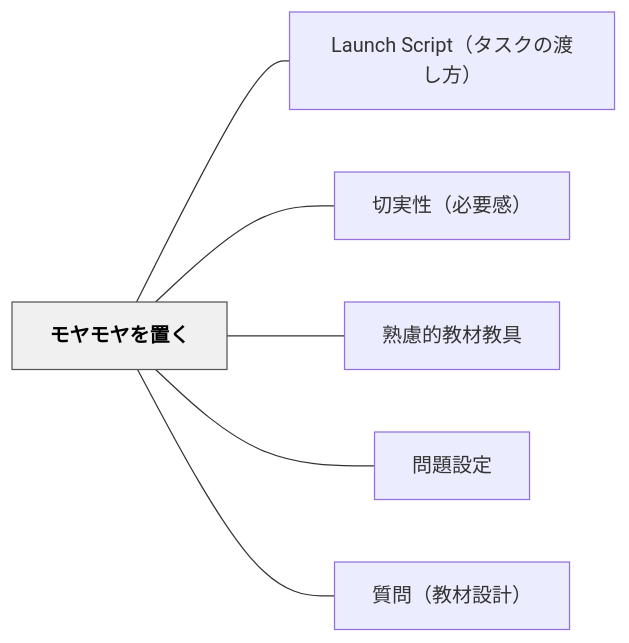
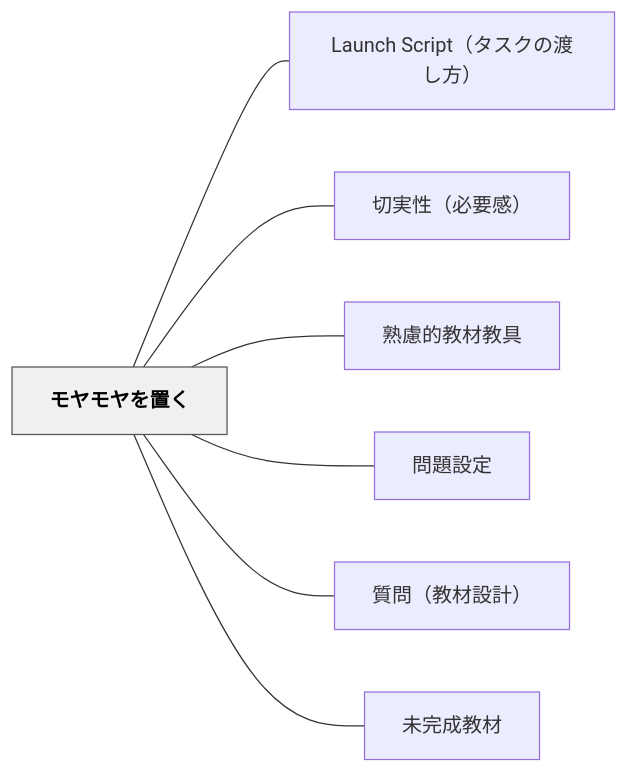
One commit to unknownthings-ed-patterns/unknownthings-ed-patterns changed the diagram in content/パタン/モヤモヤを置く.md. Above: the diagram before and after it, drawn with Mermaid. The commit also changed other lines of this file and 23 other files, not shown here.

````diff
--- a/content/パタン/モヤモヤを置く.md
+++ b/content/パタン/モヤモヤを置く.md
@@ -48,18 +49,20 @@
 ```mermaid
 flowchart LR
     ne383a2e383a4e383a2e383a4e38292e7bdaee3818f["モヤモヤを置く"]
     n4c61756e636820536372697074efbc88e382bfe382b9e382afe381aee6b8a1e38197e696b9efbc89["Launch Script（タスクの渡し方）"]
     ne58887e5ae9fe680a7efbc88e5bf85e8a681e6849fefbc89["切実性（必要感）"]
     ne7869fe685aee79a84e69599e69d90e69599e585b7["熟慮的教材教具"]
     ne5958fe9a18ce8a8ade5ae9a["問題設定"]
     ne8b3aae5958fefbc88e69599e69d90e8a8ade8a888efbc89["質問（教材設計）"]
+    ne69caae5ae8ce68890e69599e69d90["未完成教材"]
 
     ne383a2e383a4e383a2e383a4e38292e7bdaee3818f --- n4c61756e636820536372697074efbc88e382bfe382b9e382afe381aee6b8a1e38197e696b9efbc89
     ne383a2e383a4e383a2e383a4e38292e7bdaee3818f --- ne58887e5ae9fe680a7efbc88e5bf85e8a681e6849fefbc89
     ne383a2e383a4e383a2e383a4e38292e7bdaee3818f --- ne7869fe685aee79a84e69599e69d90e69599e585b7
     ne383a2e383a4e383a2e383a4e38292e7bdaee3818f --- ne5958fe9a18ce8a8ade5ae9a
     ne383a2e383a4e383a2e383a4e38292e7bdaee3818f --- ne8b3aae5958fefbc88e69599e69d90e8a8ade8a888efbc89
+    ne383a2e383a4e383a2e383a4e38292e7bdaee3818f --- ne69caae5ae8ce68890e69599e69d90
 
     classDef hub fill:#f0f0f0,stroke:#555,color:#000,font-weight:bold
     class ne383a2e383a4e383a2e383a4e38292e7bdaee3818f hub
 ```
````
